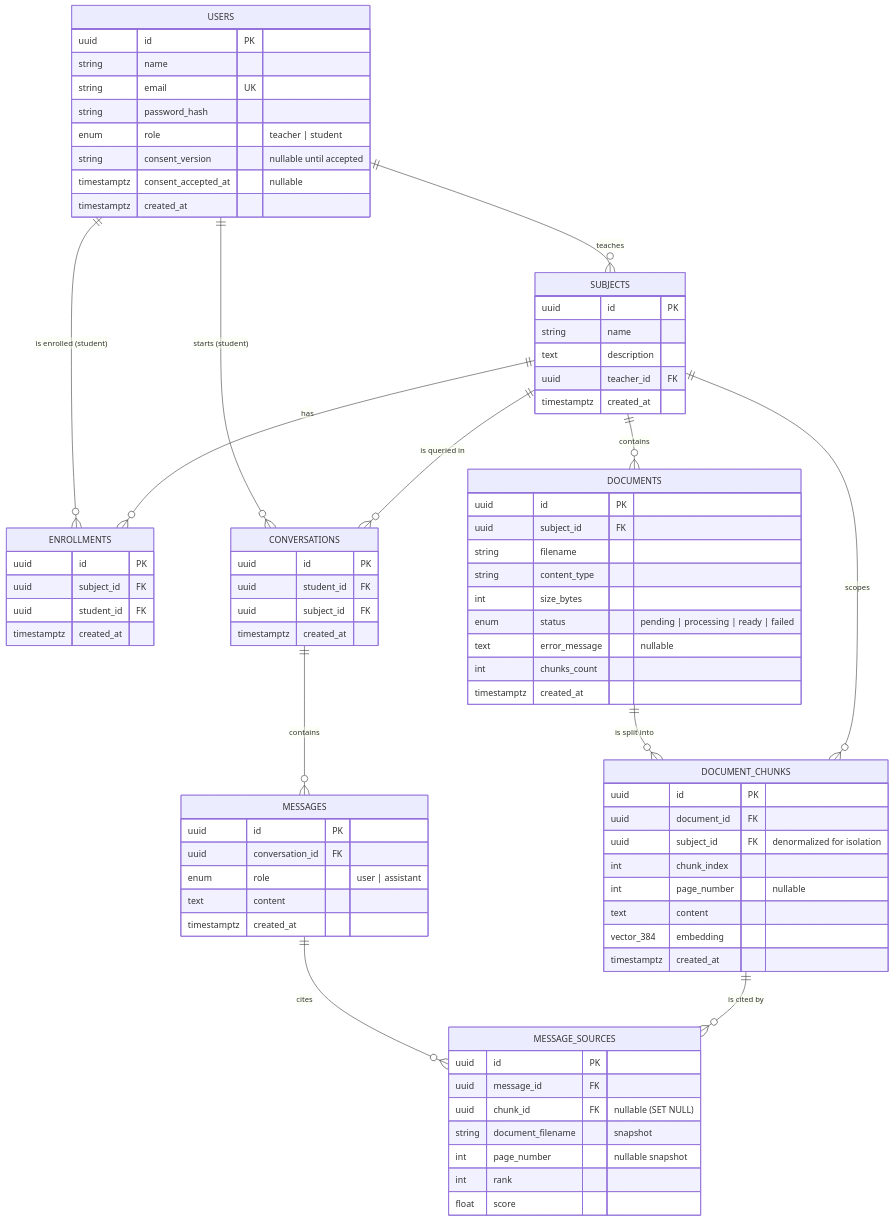
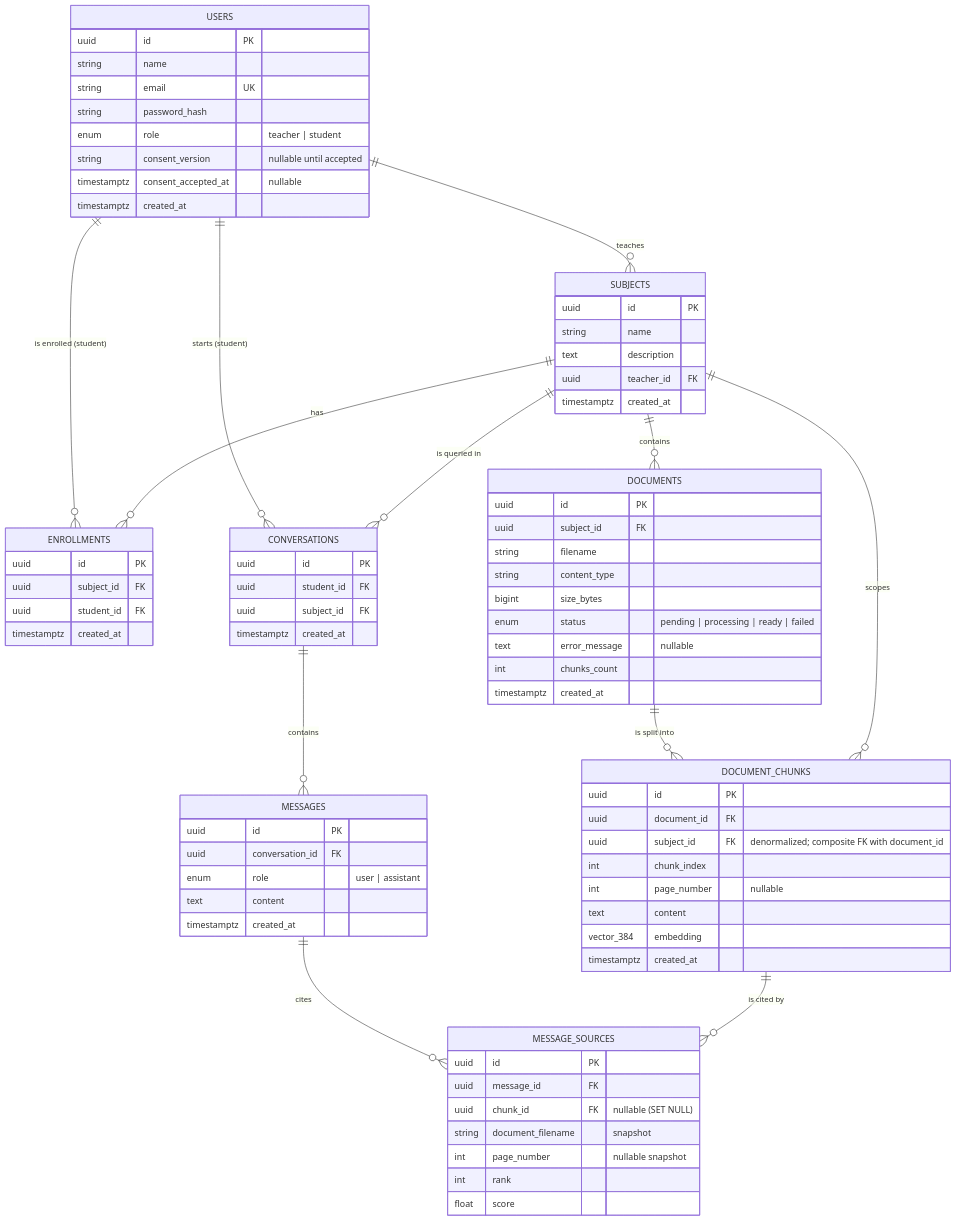
Before and after one commit to supercentro/AsistenteIA: the diagram in docs/data-model.md, drawn with Mermaid. The commit also changed other lines of this file and 55 other files, not shown here.

First line of the commit message:
feat: documents-schema-pgvector (migration 0004, models, actor-scoped find_similar) (#7)

````diff
--- a/docs/data-model.md
+++ b/docs/data-model.md
@@ -10,81 +10,81 @@
 ```mermaid
 erDiagram
     USERS ||--o{ SUBJECTS : "teaches"
     USERS ||--o{ ENROLLMENTS : "is enrolled (student)"
     SUBJECTS ||--o{ ENROLLMENTS : "has"
     SUBJECTS ||--o{ DOCUMENTS : "contains"
     DOCUMENTS ||--o{ DOCUMENT_CHUNKS : "is split into"
     SUBJECTS ||--o{ DOCUMENT_CHUNKS : "scopes"
     USERS ||--o{ CONVERSATIONS : "starts (student)"
     SUBJECTS ||--o{ CONVERSATIONS : "is queried in"
     CONVERSATIONS ||--o{ MESSAGES : "contains"
     MESSAGES ||--o{ MESSAGE_SOURCES : "cites"
     DOCUMENT_CHUNKS ||--o{ MESSAGE_SOURCES : "is cited by"
 
     USERS {
         uuid id PK
         string name
         string email UK
         string password_hash
         enum role "teacher | student"
         string consent_version "nullable until accepted"
         timestamptz consent_accepted_at "nullable"
         timestamptz created_at
     }
     SUBJECTS {
         uuid id PK
         string name
         text description
         uuid teacher_id FK
         timestamptz created_at
     }
     ENROLLMENTS {
         uuid id PK
         uuid subject_id FK
         uuid student_id FK
         timestamptz created_at
     }
     DOCUMENTS {
         uuid id PK
         uuid subject_id FK
         string filename
         string content_type
-        int size_bytes
+        bigint size_bytes
         enum status "pending | processing | ready | failed"
         text error_message "nullable"
         int chunks_count
         timestamptz created_at
     }
     DOCUMENT_CHUNKS {
         uuid id PK
         uuid document_id FK
-        uuid subject_id FK "denormalized for isolation"
+        uuid subject_id FK "denormalized; composite FK with document_id"
         int chunk_index
         int page_number "nullable"
         text content
         vector_384 embedding
         timestamptz created_at
     }
     CONVERSATIONS {
         uuid id PK
         uuid student_id FK
         uuid subject_id FK
         timestamptz created_at
     }
     MESSAGES {
         uuid id PK
         uuid conversation_id FK
         enum role "user | assistant"
         text content
         timestamptz created_at
     }
     MESSAGE_SOURCES {
         uuid id PK
         uuid message_id FK
         uuid chunk_id FK "nullable (SET NULL)"
         string document_filename "snapshot"
         int page_number "nullable snapshot"
         int rank
         float score
     }
 ```
````
